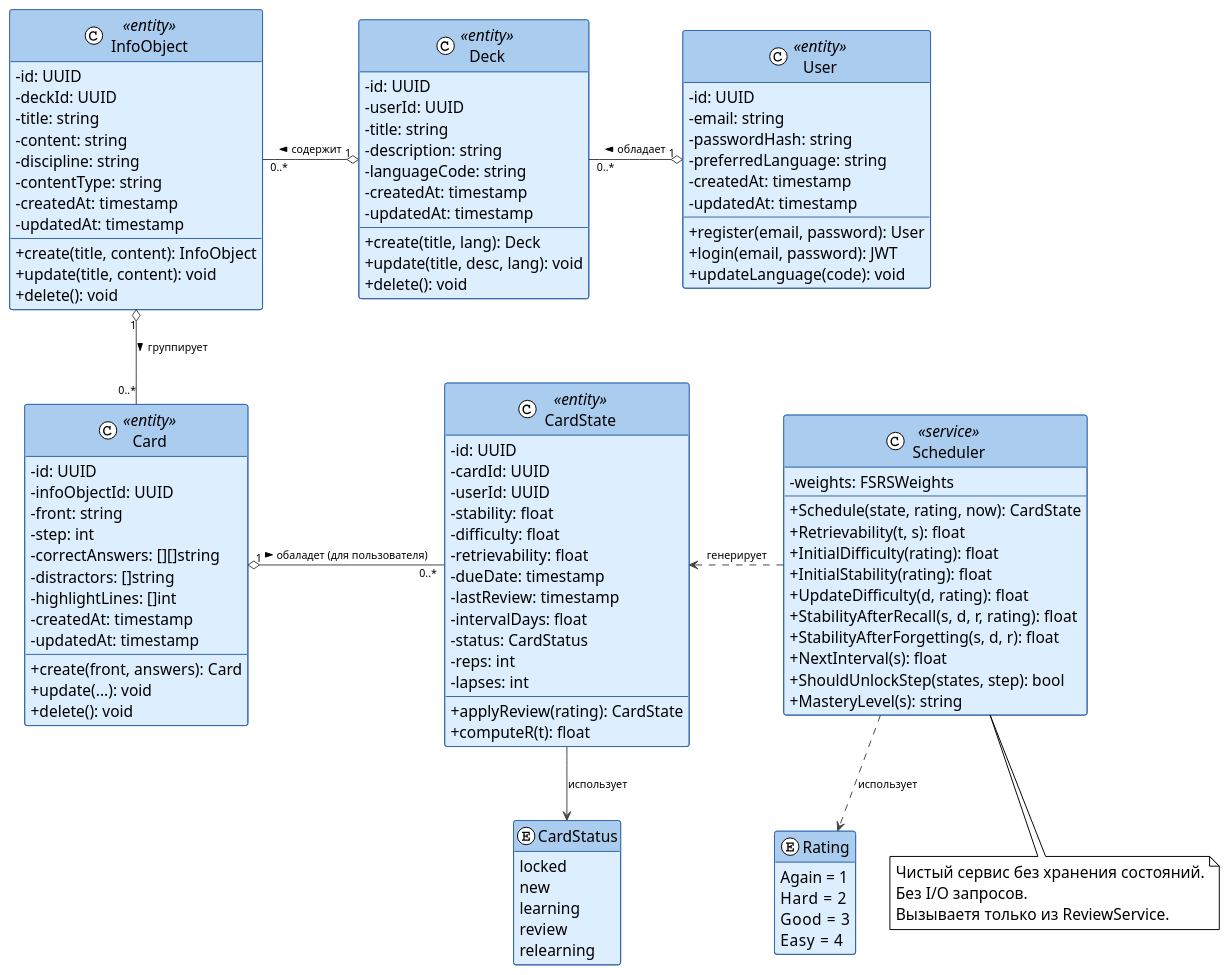
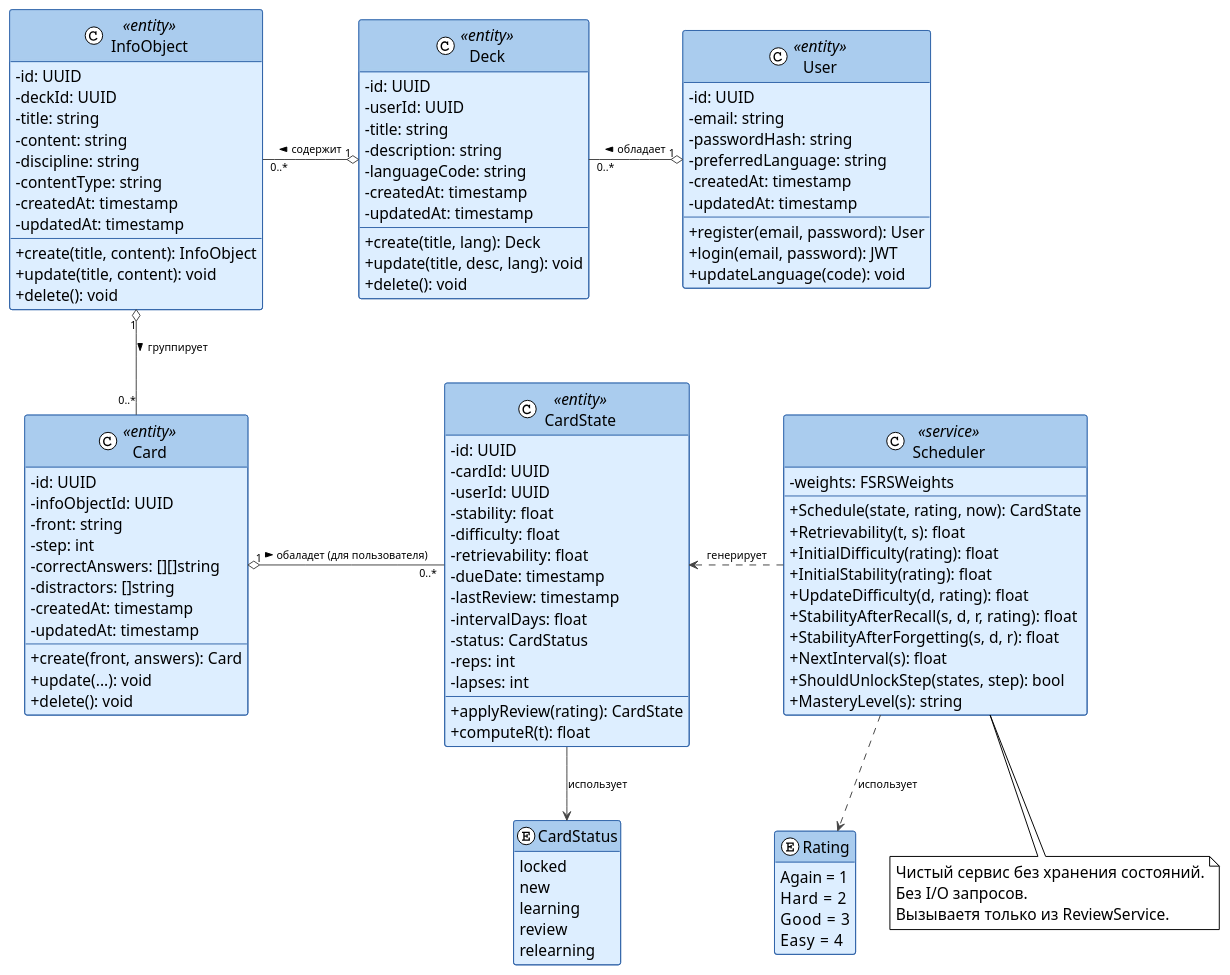
One commit to AleksKislov/shmanki changed the second of 13 diagrams in papers/second.md. Above: the diagram before and after it, drawn with PlantUML. The commit also changed other lines of this file and 32 other files, not shown here.

```diff
--- a/papers/second.md
+++ b/papers/second.md
@@ -222,7 +222,6 @@
   - step: int
   - correctAnswers: [][]string
   - distractors: []string
-  - highlightLines: []int
   - createdAt: timestamp
   - updatedAt: timestamp
   --
```
